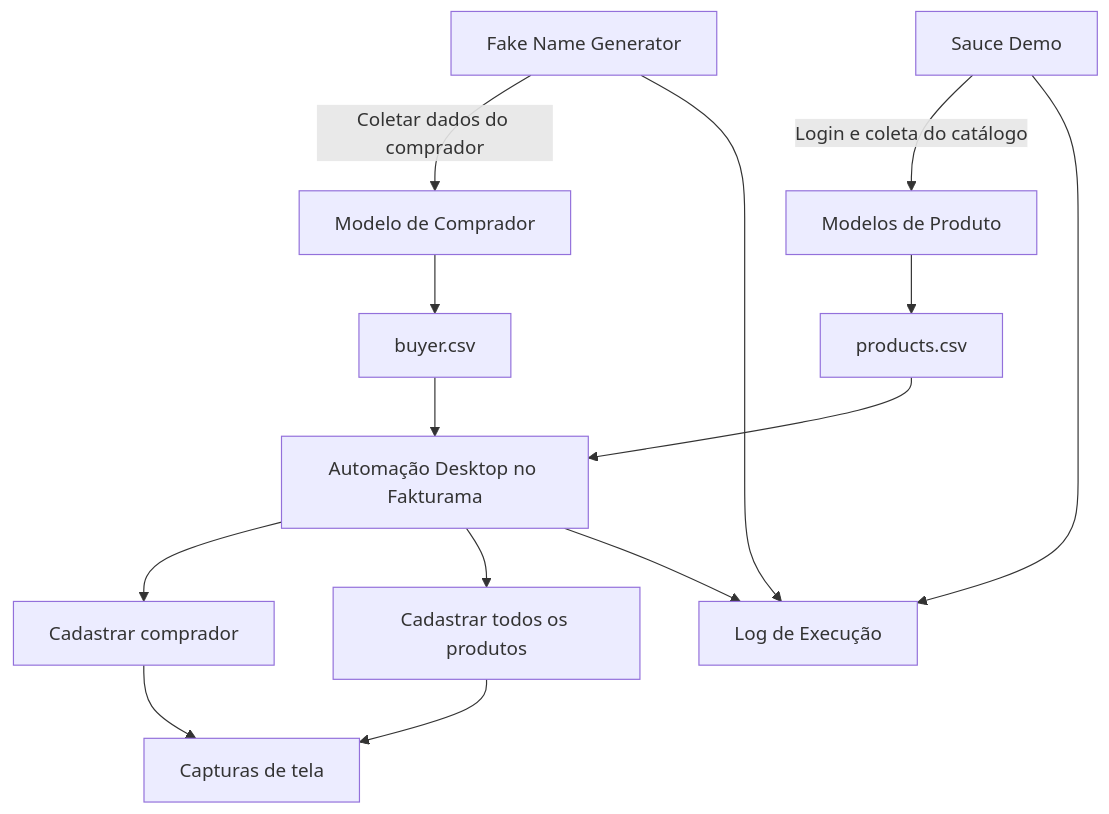
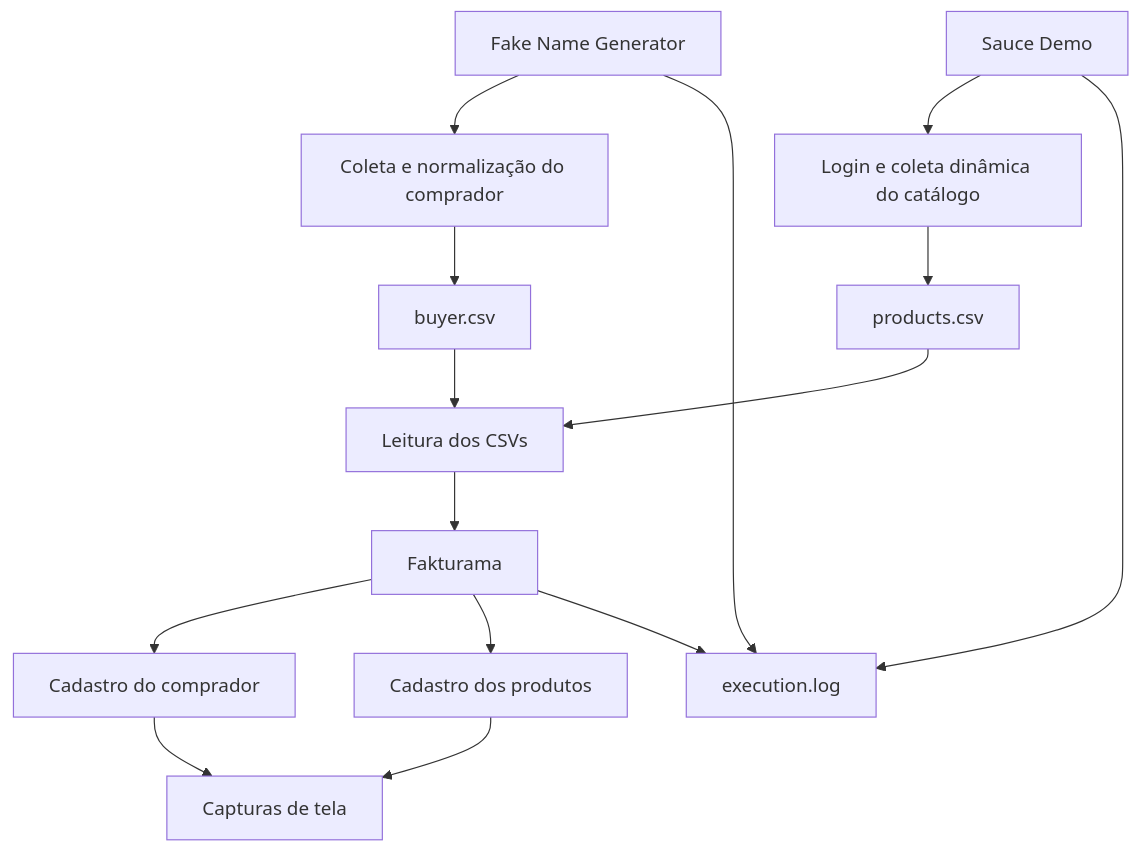
One commit to mleitejunior/rpa_challenge_fakturama_web_desktop changed the diagram in docs/documento_solucao.md. Above: the diagram before and after it, drawn with Mermaid. The commit also changed other lines of this file and 1 other file, not shown here.

Commit message:
docs: add setup and execution instructions

````diff
--- a/docs/documento_solucao.md
+++ b/docs/documento_solucao.md
@@ -31,21 +21,22 @@
 ```mermaid
 flowchart TD
-    A[Fake Name Generator] -->|Coletar dados do comprador| B[Modelo de Comprador]
-    B --> C[buyer.csv]
+    A[Fake Name Generator] --> B[Coleta e normalização do comprador]
+    C[Sauce Demo] --> D[Login e coleta dinâmica do catálogo]
 
-    D[Sauce Demo] -->|Login e coleta do catálogo| E[Modelos de Produto]
-    E --> F[products.csv]
+    B --> E[buyer.csv]
+    D --> F[products.csv]
 
-    C --> G[Automação Desktop no Fakturama]
+    E --> G[Leitura dos CSVs]
     F --> G
 
-    G --> H[Cadastrar comprador]
-    G --> I[Cadastrar todos os produtos]
+    G --> H[Fakturama]
+    H --> I[Cadastro do comprador]
+    H --> J[Cadastro dos produtos]
 
-    H --> J[Capturas de tela]
-    I --> J
+    I --> K[Capturas de tela]
+    J --> K
 
-    A --> K[Log de Execução]
-    D --> K
-    G --> K
+    A --> L[execution.log]
+    C --> L
+    H --> L
 ```
````
